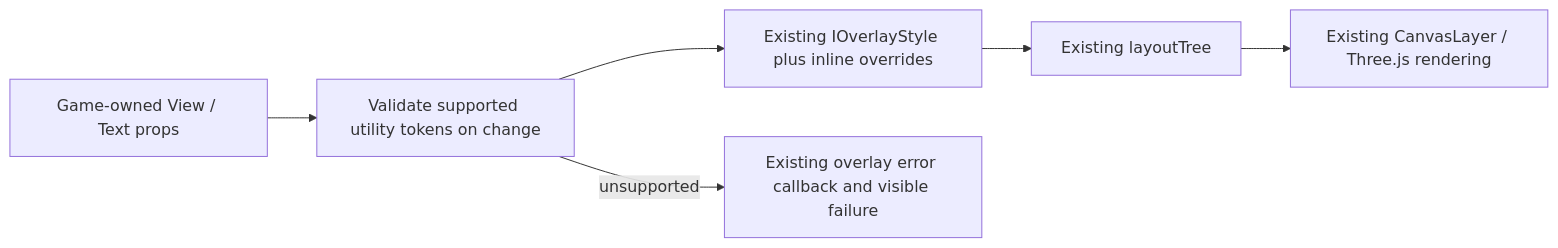
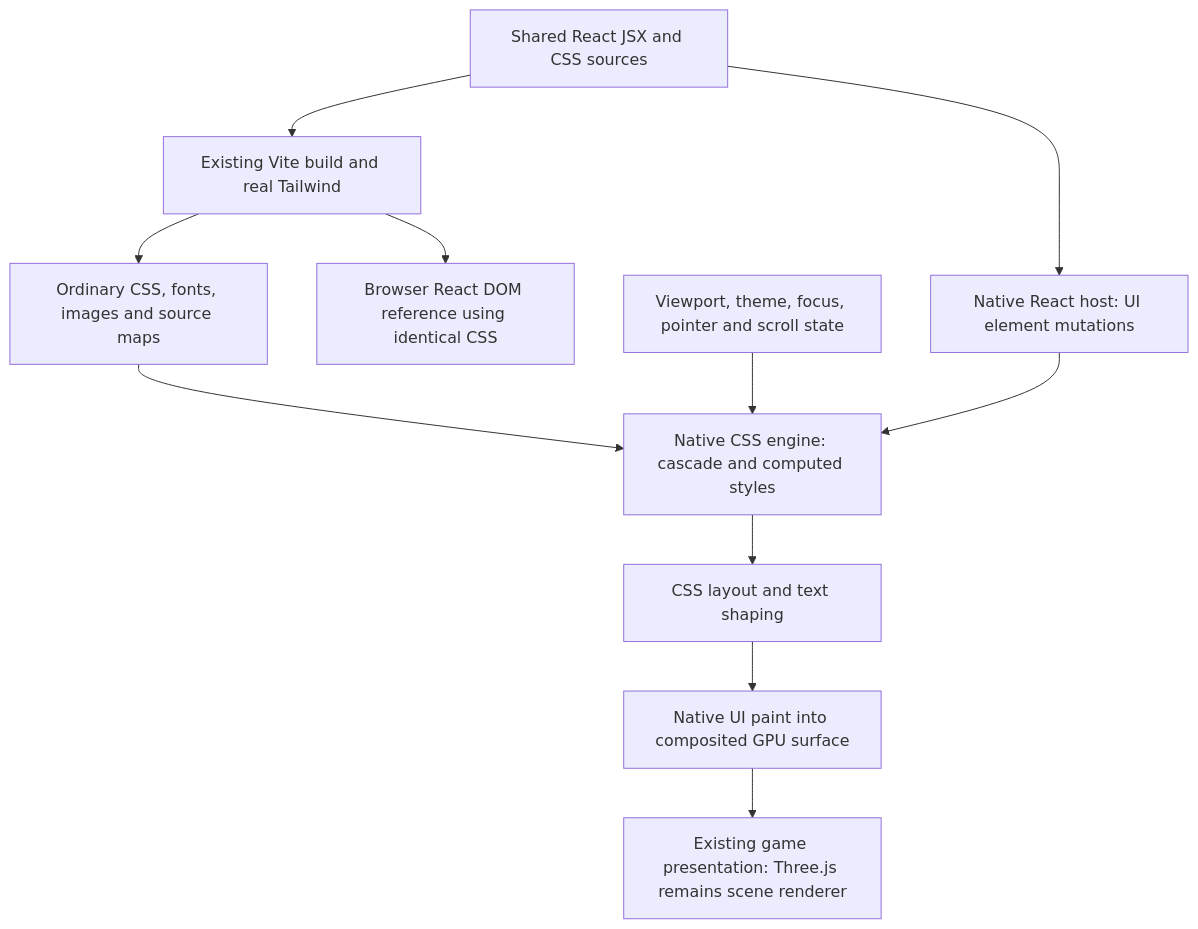
Before and after one commit to ThreeNativeHQ/threenative: the diagram in docs/PRDs/PRD-native-overlay-utility-styling.md, drawn with Mermaid. The commit also changed other lines of this file, not shown here.

Commit message:
docs(ui): replace utility adapter PRD with standard CSS native UI contract

````diff
--- a/docs/PRDs/PRD-native-overlay-utility-styling.md
+++ b/docs/PRDs/PRD-native-overlay-utility-styling.md
@@ -156,8 +157,13 @@
 ```mermaid
-flowchart LR
-  A["Game-owned View / Text props"] --> B["Validate supported utility tokens on change"]
-  B --> C["Existing IOverlayStyle plus inline overrides"]
-  C --> D["Existing layoutTree"]
-  D --> E["Existing CanvasLayer / Three.js rendering"]
-  B -->|unsupported| F["Existing overlay error callback and visible failure"]
+flowchart TD
+  A["Shared React JSX and CSS sources"] --> B["Existing Vite build and real Tailwind"]
+  B --> C["Ordinary CSS, fonts, images and source maps"]
+  A --> D["Native React host: UI element mutations"]
+  C --> E["Native CSS engine: cascade and computed styles"]
+  D --> E
+  F["Viewport, theme, focus, pointer and scroll state"] --> E
+  E --> G["CSS layout and text shaping"]
+  G --> H["Native UI paint into composited GPU surface"]
+  H --> I["Existing game presentation: Three.js remains scene renderer"]
+  B --> J["Browser React DOM reference using identical CSS"]
 ```
````
